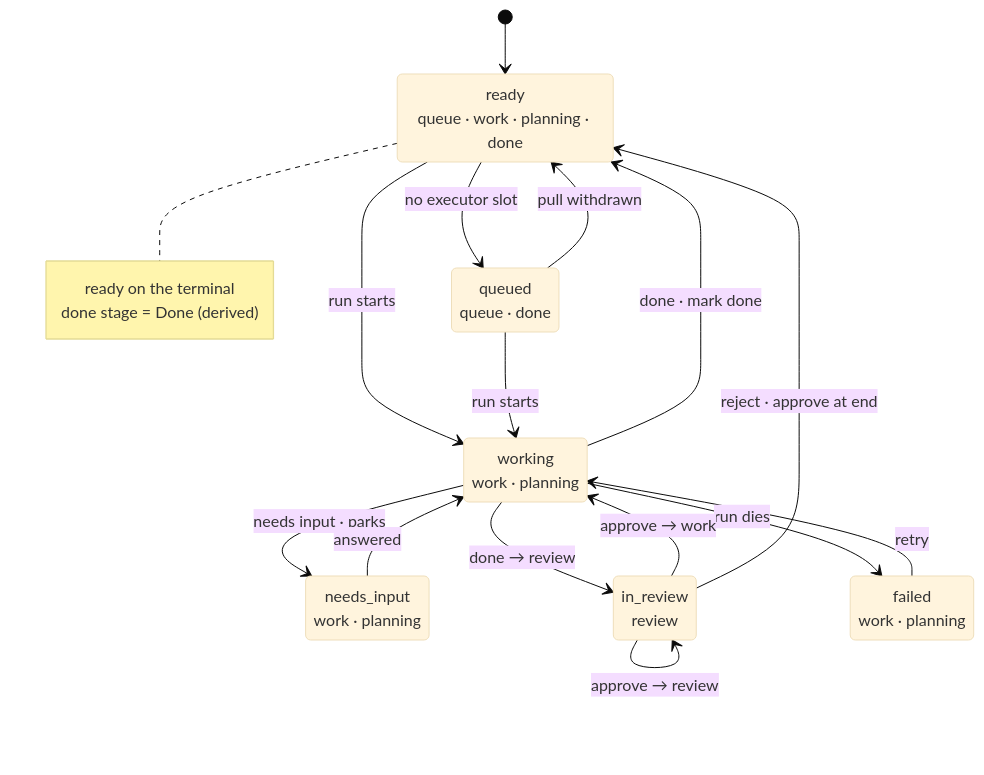
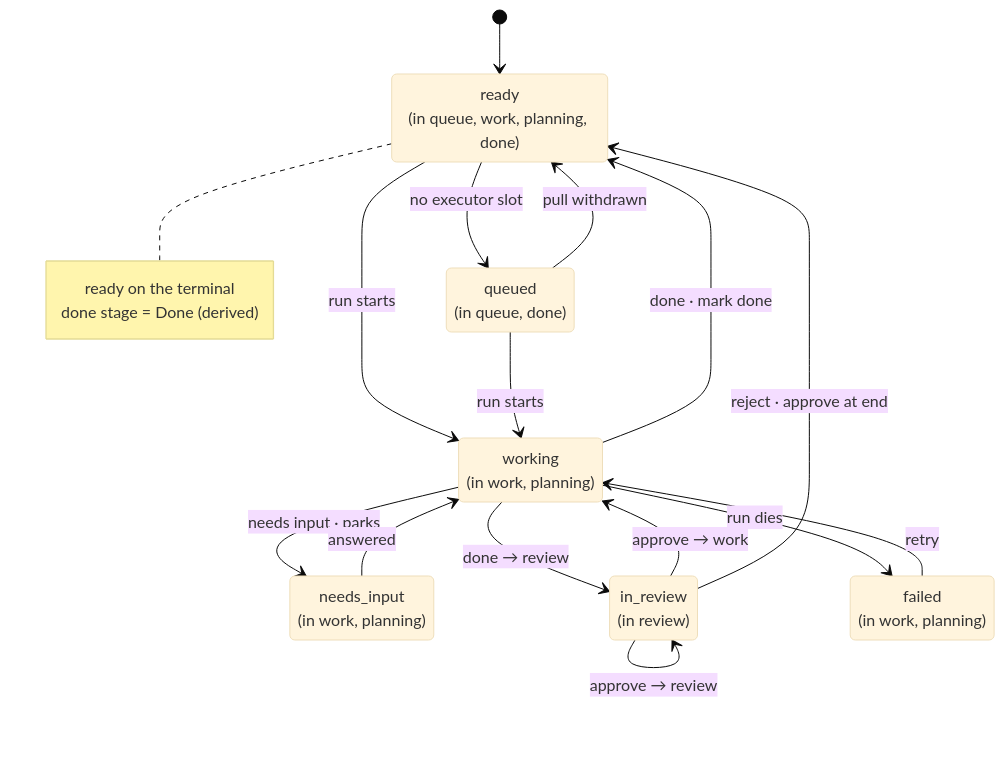
Before and after one commit to jeremylightsmith/relay: the first of 3 diagrams in docs/architecture/state.md, drawn with Mermaid (base theme).

Commit message:
docs(state): clarify stage-type labels in the card status diagram
Read the valid stage types as a parenthetical ("(in work, planning)")
rather than a bare dot-separated list, so each state box reads as a
sentence.

````diff
--- a/docs/architecture/state.md
+++ b/docs/architecture/state.md
@@ -49,33 +49,33 @@
 ```mermaid
 stateDiagram-v2
     direction TB
-    state "ready<br/>queue · work · planning · done" as ready
-    state "queued<br/>queue · done" as queued
-    state "working<br/>work · planning" as working
-    state "needs_input<br/>work · planning" as needs_input
-    state "in_review<br/>review" as in_review
-    state "failed<br/>work · planning" as failed
+    state "ready<br/>(in queue, work, planning, done)" as ready
+    state "queued<br/>(in queue, done)" as queued
+    state "working<br/>(in work, planning)" as working
+    state "needs_input<br/>(in work, planning)" as needs_input
+    state "in_review<br/>(in review)" as in_review
+    state "failed<br/>(in work, planning)" as failed
 
     [*] --> ready
 
     ready --> queued: no executor slot
     queued --> ready: pull withdrawn
     ready --> working: run starts
     queued --> working: run starts
 
     working --> needs_input: needs input · parks
     working --> failed: run dies
     working --> in_review: done → review
     working --> ready: done · mark done
 
     needs_input --> working: answered
     failed --> working: retry
     in_review --> working: approve → work
     in_review --> in_review: approve → review
     in_review --> ready: reject · approve at end
 
     note right of ready
         ready on the terminal
         done stage = Done (derived)
     end note
 ```
````
